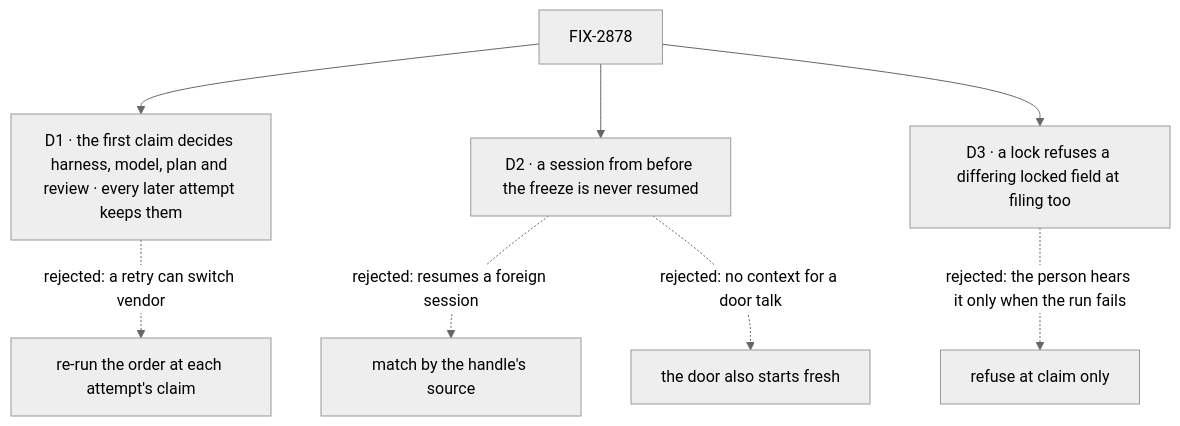
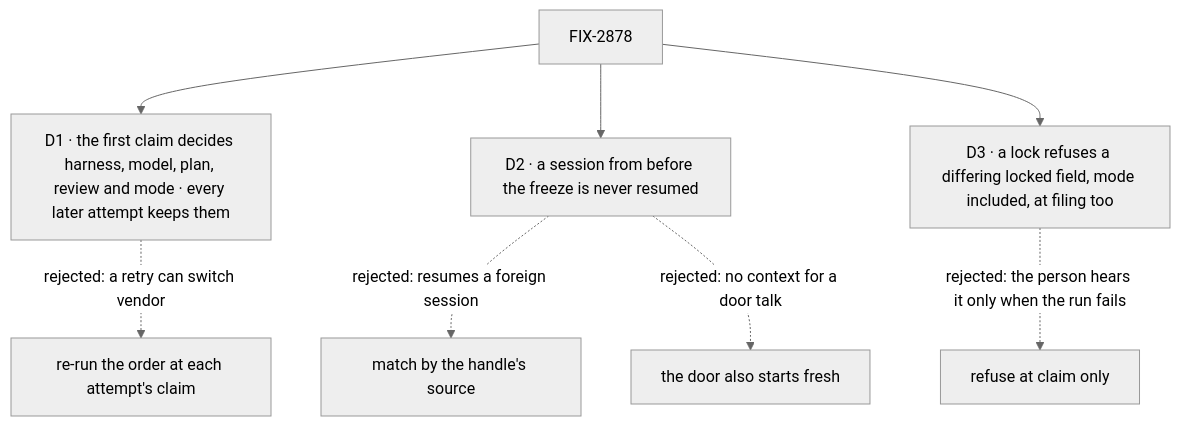
Before and after one commit to fixpoint-labs/flow-state-dev: the diagram in specs/issues/FIX-2878/DECISIONS.md, drawn with Mermaid (neutral theme). The commit also changed other lines of this file and 1 other file, not shown here.

````diff
--- a/specs/issues/FIX-2878/DECISIONS.md
+++ b/specs/issues/FIX-2878/DECISIONS.md
@@ -13,10 +18,10 @@
 ```mermaid
 flowchart TD
-  I["FIX-2878"] --> D1["D1 · the first claim decides harness, model, plan and review · every later attempt keeps them"]
+  I["FIX-2878"] --> D1["D1 · the first claim decides harness, model, plan, review and mode · every later attempt keeps them"]
   D1 -.->|"rejected: a retry can switch vendor"| X1["re-run the order at each attempt's claim"]
   I --> D2["D2 · a session from before the freeze is never resumed"]
   D2 -.->|"rejected: resumes a foreign session"| X2["match by the handle's source"]
   D2 -.->|"rejected: no context for a door talk"| X3["the door also starts fresh"]
-  I --> D3["D3 · a lock refuses a differing locked field at filing too"]
+  I --> D3["D3 · a lock refuses a differing locked field, mode included, at filing too"]
   D3 -.->|"rejected: the person hears it only when the run fails"| X4["refuse at claim only"]
 ```
````
